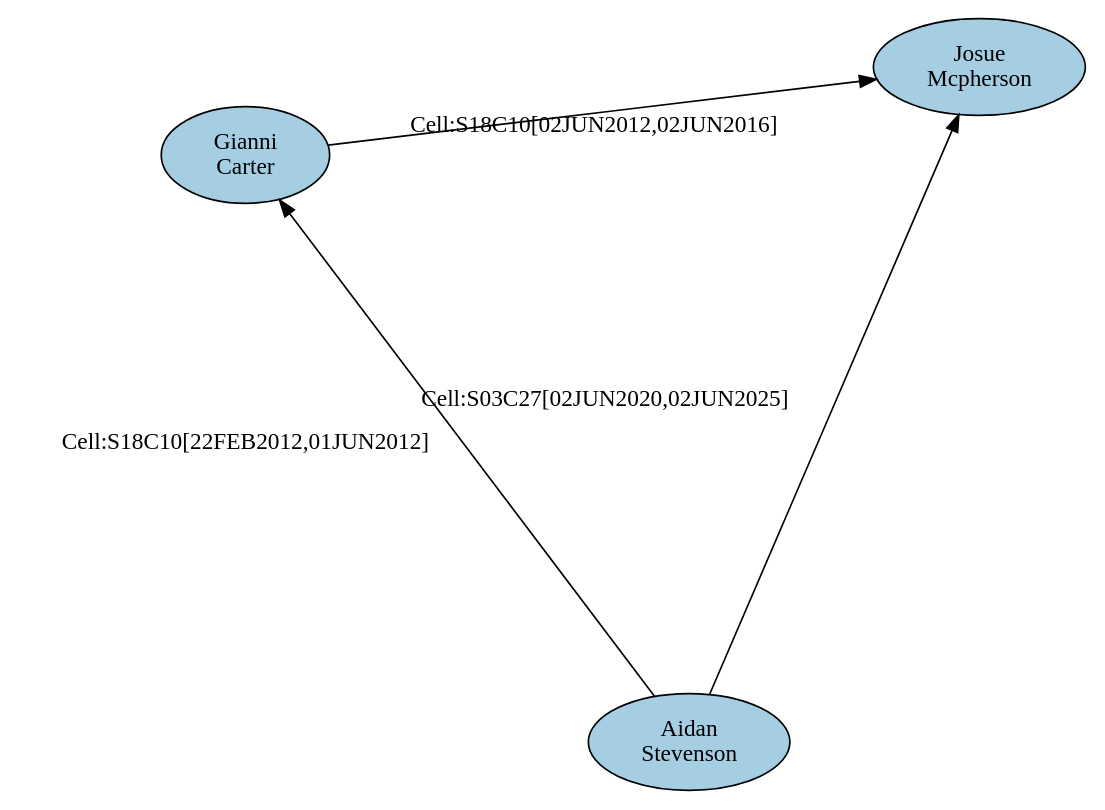
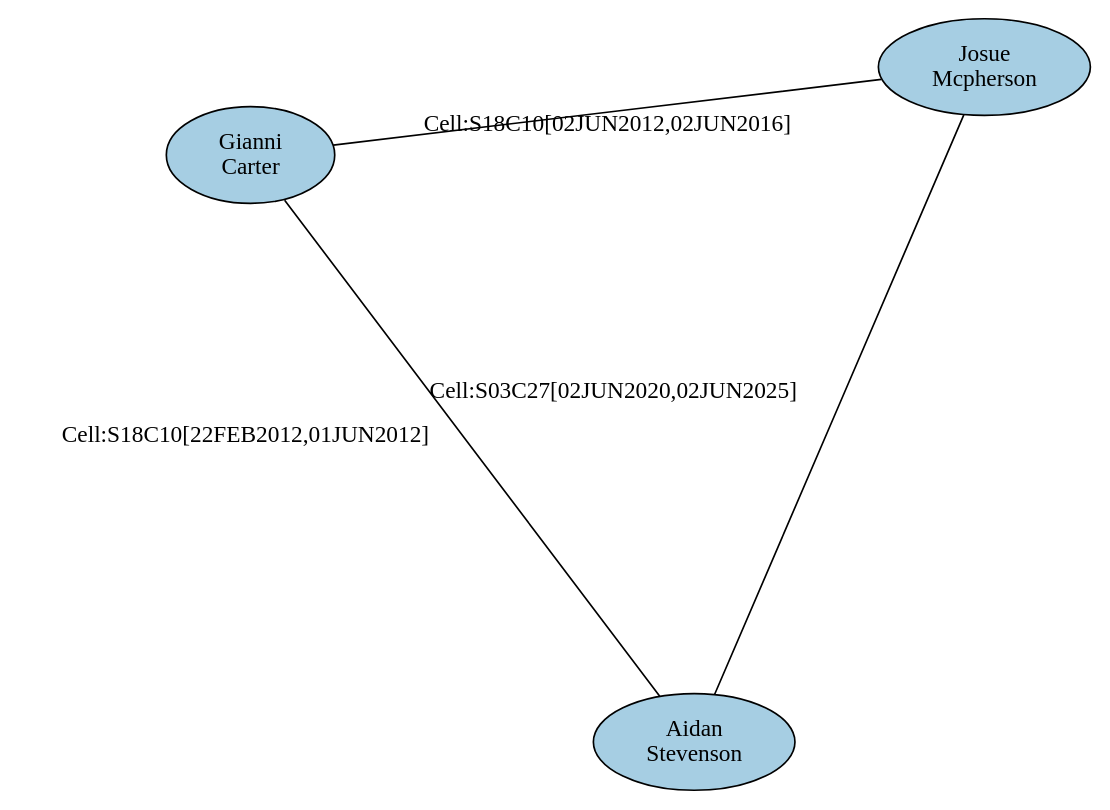
Before and after one commit to dtherrick/network-analysis: the diagram in applications/social/inmate-network/dot/query_4_match_7.dot, drawn with Graphviz. The commit also changed 14 other files, not shown here.

```diff
--- a/applications/social/inmate-network/dot/query_4_match_7.dot
+++ b/applications/social/inmate-network/dot/query_4_match_7.dot
@@ -1,13 +1,13 @@
-digraph G {
+graph G {
 layout=sfdp
 node[colorscheme=paired8, style=filled, color=black, fixedSize=true, width=1.4, height=.8]
 "I46215"[fillcolor= "1",label= "Josue
 Mcpherson"]
 "I39646"[fillcolor= "1",label= "Gianni
 Carter"]
 "I37491"[fillcolor= "1",label= "Aidan
 Stevenson"]
-"I37491" -> "I39646"[label= "Cell:S18C10[22FEB2012,01JUN2012]"]
-"I37491" -> "I46215"[label= "Cell:S03C27[02JUN2020,02JUN2025]"]
-"I39646" -> "I46215"[label= "Cell:S18C10[02JUN2012,02JUN2016]"]
+"I37491" -- "I39646"[label= "Cell:S18C10[22FEB2012,01JUN2012]"]
+"I37491" -- "I46215"[label= "Cell:S03C27[02JUN2020,02JUN2025]"]
+"I39646" -- "I46215"[label= "Cell:S18C10[02JUN2012,02JUN2016]"]
 }
```
